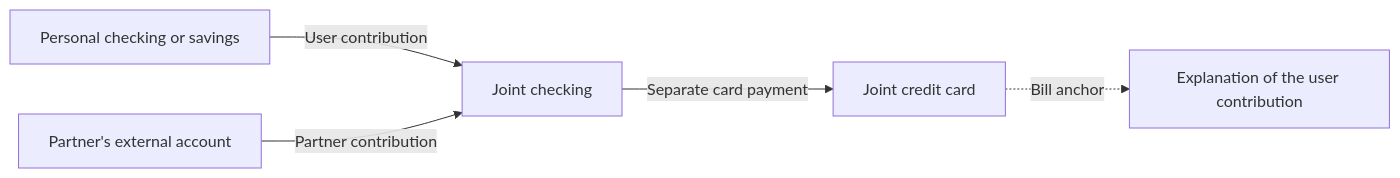
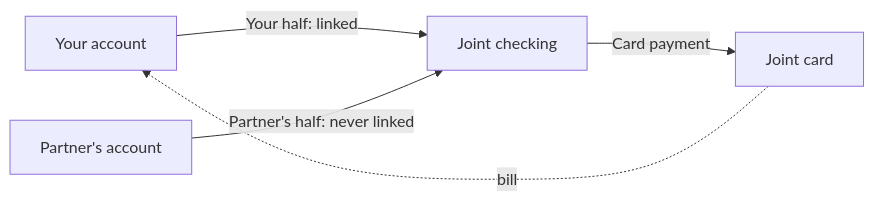
The fifth of 5 diagrams in docs/architecture/reconciliation.md (spinningyoyo/omsync), drawn with Mermaid before and after one commit. The commit also changed other lines of this file and 140 other files, not shown here.

````diff
--- a/docs/architecture/reconciliation.md
+++ b/docs/architecture/reconciliation.md
@@ -228,7 +69,7 @@
 ```mermaid
 flowchart LR
-    Personal[Personal checking or savings] -->|User contribution| Joint[Joint checking]
-    Partner[Partner's external account] -->|Partner contribution| Joint
-    Joint -->|Separate card payment| Card[Joint credit card]
-    Card -. Bill anchor .-> Settlement[Explanation of the user contribution]
+    You[Your account] -->|Your half: linked| Joint[Joint checking]
+    Partner[Partner's account] -->|Partner's half: never linked| Joint
+    Joint -->|Card payment| Card[Joint card]
+    Card -. bill .-> You
 ```
````
